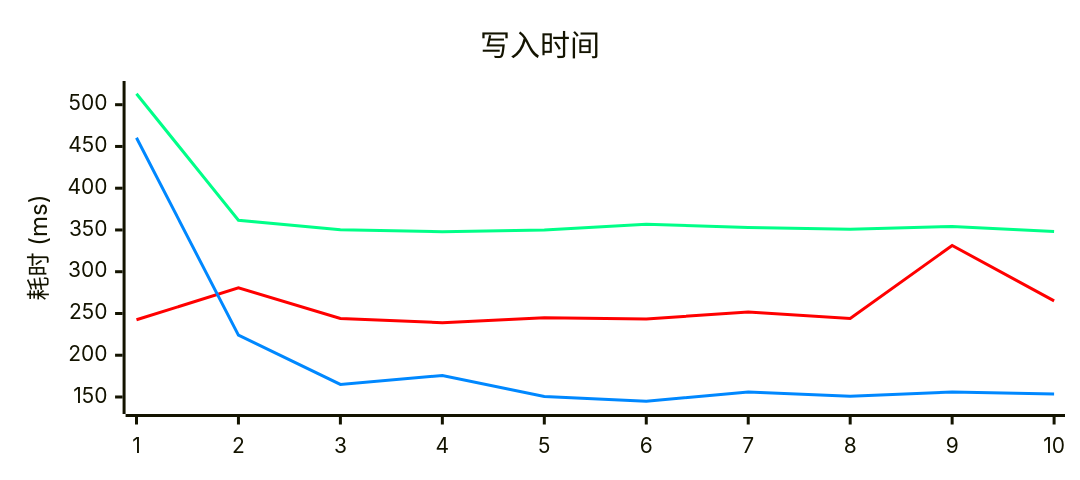
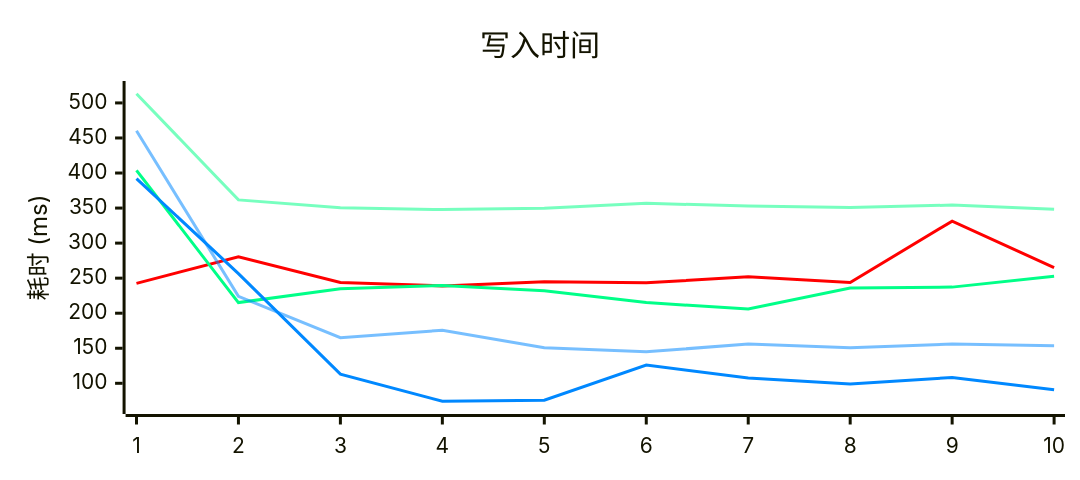
One commit to RDCN-Community-Developers/RhythmToolkit changed the third of 3 diagrams in README_cn.md. Above: the diagram before and after it, drawn with Mermaid. The commit also changed other lines of this file and 1 other file, not shown here.

````diff
--- a/README_cn.md
+++ b/README_cn.md
@@ -133,19 +136,23 @@
 ```mermaid
 ---
 config:
     xyChart:
         height: 300
     themeVariables:
         xyChart:
-            plotColorPalette: '#FF0000, #00FF88, #0088FF'
+            plotColorPalette: '#F00, #0F88, #0F8, #08F8, #08F'
 ---
 xychart
   title "写入时间"
     y-axis "耗时 (ms)"
     %% RDLE
     line [242.5163, 280.5837, 243.9327, 238.8927, 244.9178, 243.3303, 251.8815, 243.9217, 331.3641, 265.0274]
-    %% RDTK .NET Standard 2.0
+    %% RDTK .NET Standard 2.0 v1.3.4
     line [513.1026, 361.6694, 350.3818, 347.8336, 349.8539, 356.7689, 353.0014, 350.7653, 354.2552, 348.2180]
-    %% RDTK .NET 8.0
+    %% RDTK .NET Standard 2.0 v1.3.9
+    line [403.8953,215.1384,235.0083,239.653,231.9253,215.1407,205.9433,235.8352,237.2161,252.8412]
+    %% RDTK .NET 8.0 v1.3.4
     line [460.3911, 224.0186, 165.0900, 175.7229, 150.6010, 144.8973, 155.9880, 150.8031, 155.9035, 153.7161]
+    %% RDTK .NET 8.0 v1.3.9
+    line [391.9549,256.5255,113.1473,74.3901,75.7604,126.1112,107.5059,99.014,108.391,90.731]
 ```
````
